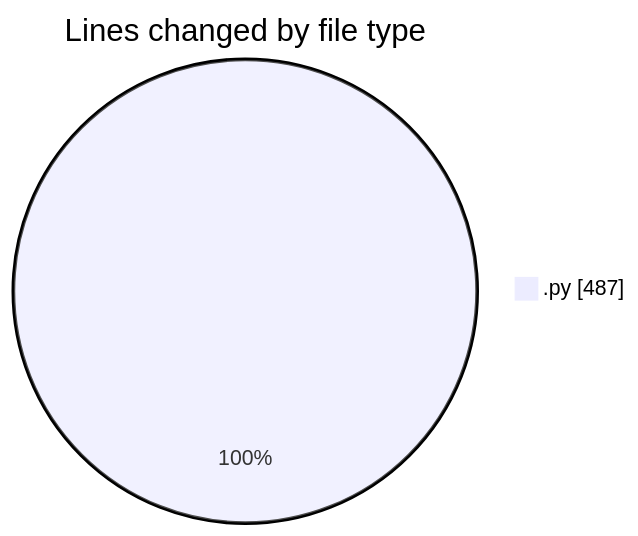
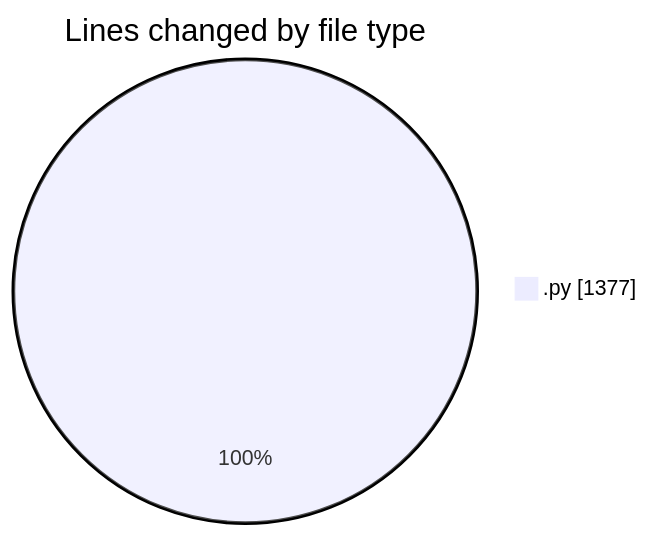
One commit to julien-gomy/code-tracking changed the first of 2 diagrams in 2025-10-08/eventscop-api-guide__workspace_/README.md. Above: the diagram before and after it, drawn with Mermaid. The commit also changed other lines of this file and 1 other file, not shown here.

````diff
--- a/2025-10-08/eventscop-api-guide__workspace_/README.md
+++ b/2025-10-08/eventscop-api-guide__workspace_/README.md
@@ -20,5 +21,5 @@
 ```mermaid
 pie showData
 title Lines changed by file type
-".py" : 487
+".py" : 1377
 ```
````
